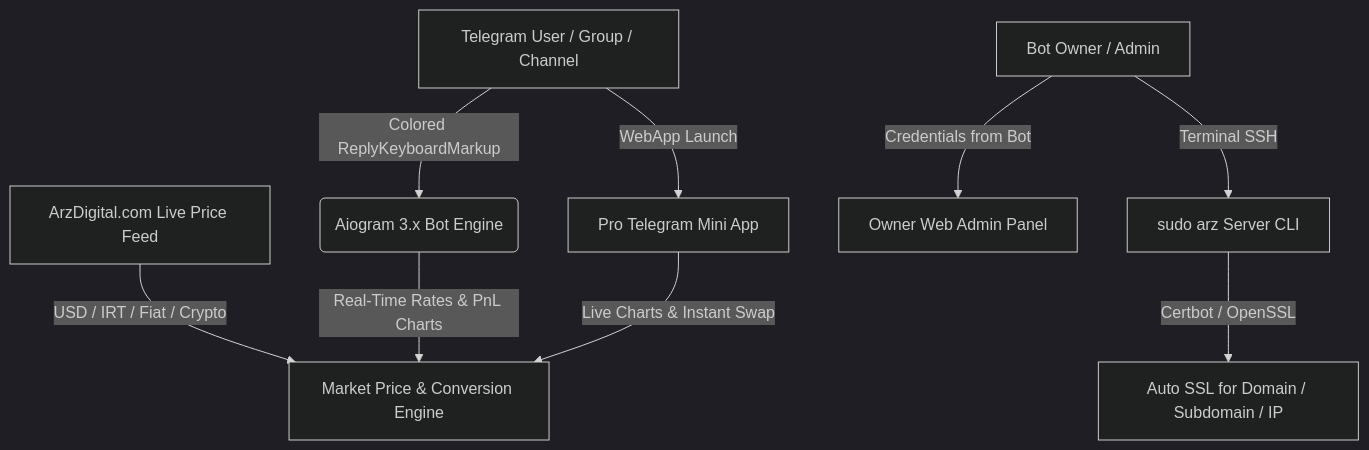
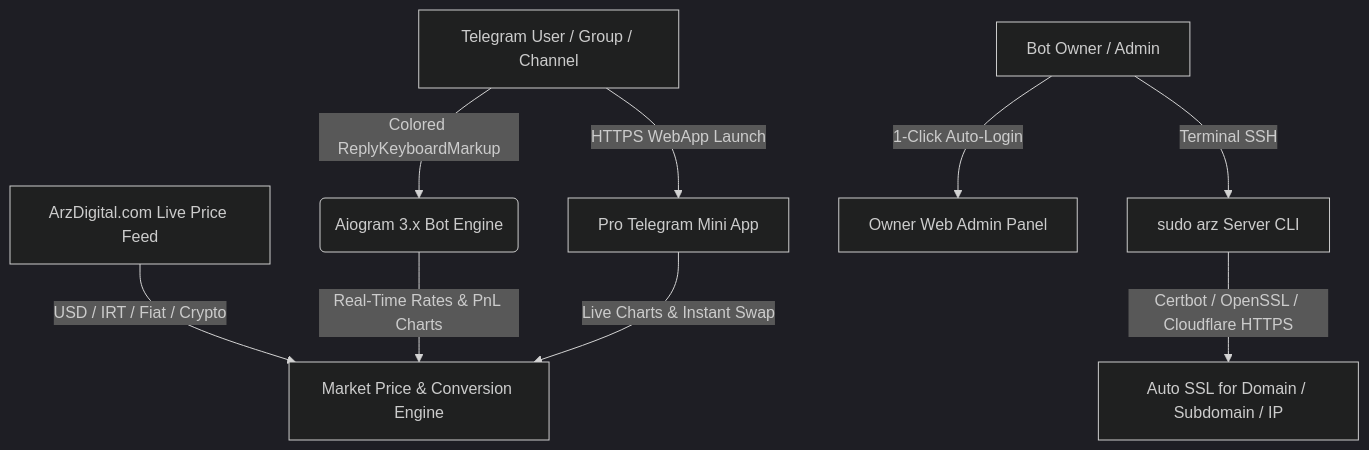
The diagram in README.md (samkaren12/ArzPulse-Bot), drawn with Mermaid (dark theme) before and after one commit. The commit also changed other lines of this file and 5 other files, not shown here.

First line of the commit message:
feat: upgrade to v3.8.0 with Mini App support

````diff
--- a/README.md
+++ b/README.md
@@ -75,11 +75,11 @@
 ```mermaid
 graph TD
     A[ArzDigital.com Live Price Feed] -->|USD / IRT / Fiat / Crypto| E[Market Price & Conversion Engine]
     U[Telegram User / Group / Channel] -->|Colored ReplyKeyboardMarkup| B(Aiogram 3.x Bot Engine)
-    U -->|WebApp Launch| M[Pro Telegram Mini App]
-    O[Bot Owner / Admin] -->|Credentials from Bot| W[Owner Web Admin Panel]
+    U -->|HTTPS WebApp Launch| M[Pro Telegram Mini App]
+    O[Bot Owner / Admin] -->|1-Click Auto-Login| W[Owner Web Admin Panel]
     O -->|Terminal SSH| S[sudo arz Server CLI]
     B -->|Real-Time Rates & PnL Charts| E
     M -->|Live Charts & Instant Swap| E
-    S -->|Certbot / OpenSSL| SSL[Auto SSL for Domain / Subdomain / IP]
+    S -->|Certbot / OpenSSL / Cloudflare HTTPS| SSL[Auto SSL for Domain / Subdomain / IP]
 ```
````
